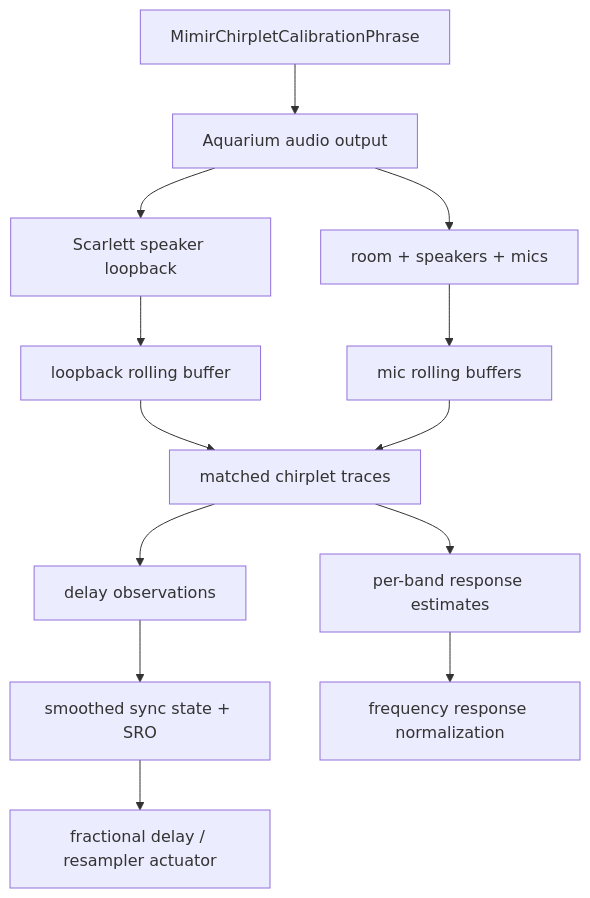
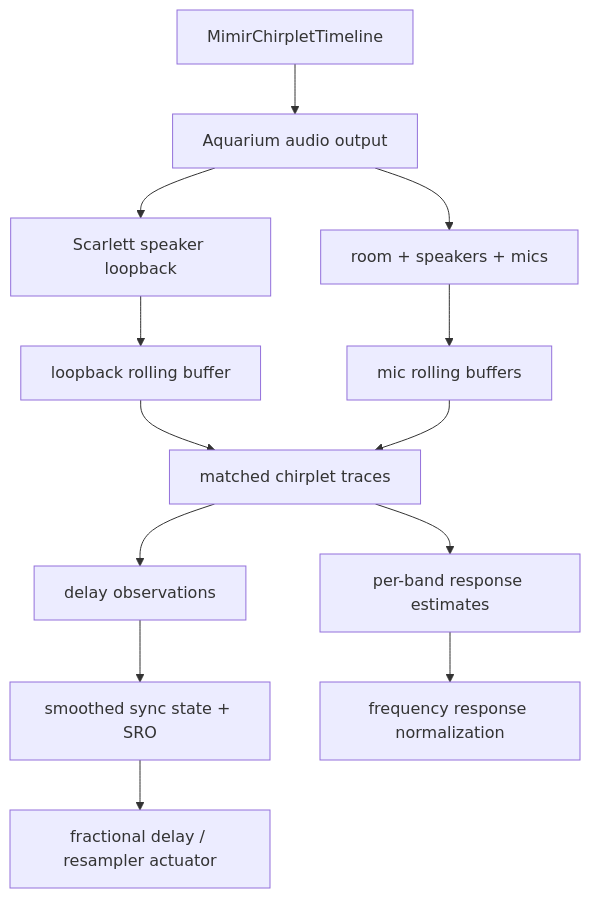
The second of 2 diagrams in docs/audio-field.md (GameCult/Mimir), drawn with Mermaid before and after one commit. The commit also changed other lines of this file and 9 other files, not shown here.

````diff
--- a/docs/audio-field.md
+++ b/docs/audio-field.md
@@ -103,15 +102,15 @@
 ```mermaid
 flowchart TD
-    A["MimirChirpletCalibrationPhrase"] --> B["Aquarium audio output"]
+    A["MimirChirpletTimeline"] --> B["Aquarium audio output"]
     B --> C["Scarlett speaker loopback"]
     B --> D["room + speakers + mics"]
     C --> E["loopback rolling buffer"]
     D --> F["mic rolling buffers"]
     E --> G["matched chirplet traces"]
     F --> G
     G --> H["delay observations"]
     H --> L["smoothed sync state + SRO"]
     G --> I["per-band response estimates"]
     L --> J["fractional delay / resampler actuator"]
     I --> K["frequency response normalization"]
 ```
````
